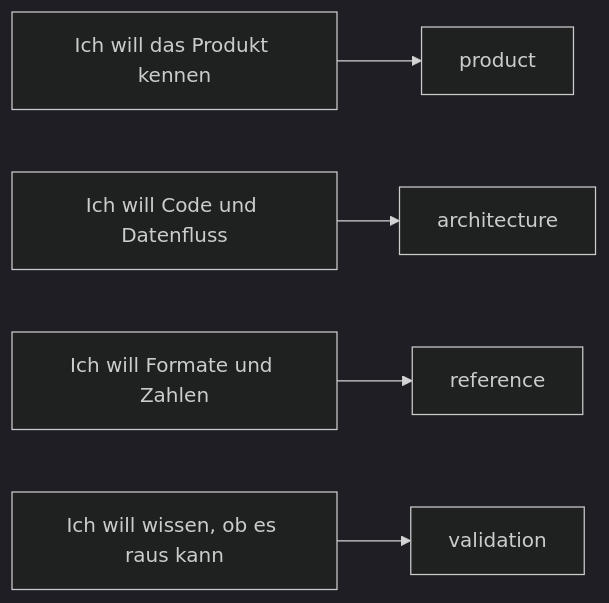
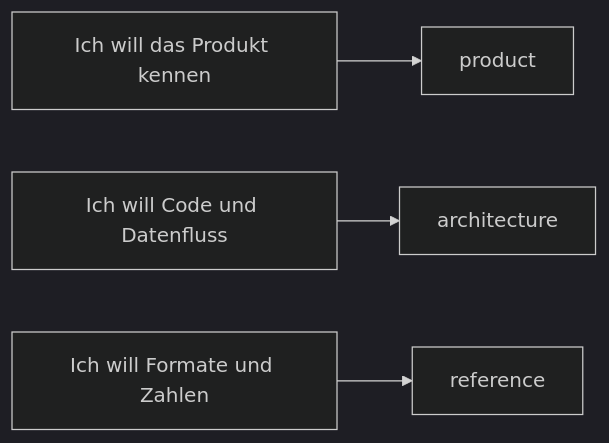
The diagram in docs/de/README.md (habinsong/negaflow), drawn with Mermaid (dark theme) before and after one commit. The commit also changed other lines of this file and 171 other files, not shown here.

````diff
--- a/docs/de/README.md
+++ b/docs/de/README.md
@@ -8,7 +8,6 @@
 ```mermaid
 flowchart LR
     A["Ich will das Produkt kennen"] --> P["product"]
     B["Ich will Code und Datenfluss"] --> R["architecture"]
     C["Ich will Formate und Zahlen"] --> S["reference"]
-    D["Ich will wissen, ob es raus kann"] --> V["validation"]
 ```
````
